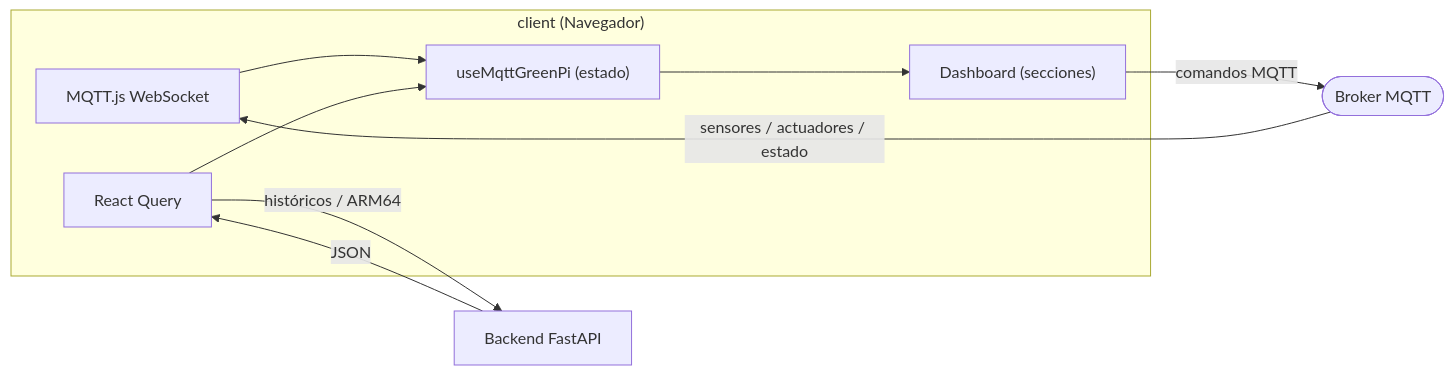
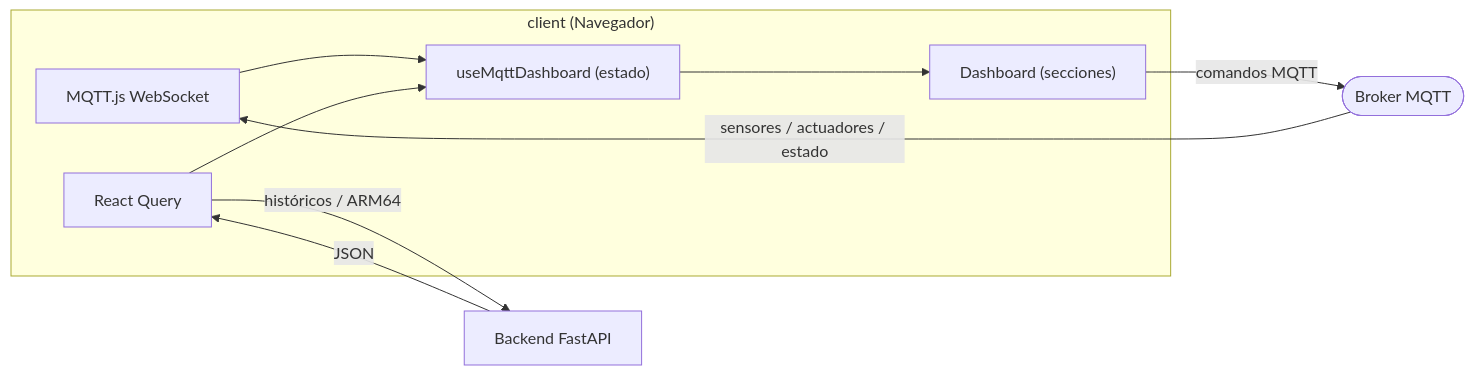
One commit to ricardious/ARQUI1V1S_G15 changed the first of 2 diagrams in Proyecto 2/client/README.md. Above: the diagram before and after it, drawn with Mermaid. The commit also changed other lines of this file and 16 other files, not shown here.

````diff
--- a/Proyecto 2/client/README.md
+++ b/Proyecto 2/client/README.md
@@ -9,14 +9,14 @@
 ```mermaid
 flowchart LR
     subgraph CLIENT["client (Navegador)"]
-        MQTT_WS["MQTT.js WebSocket"] --> STATE["useMqttGreenPi (estado)"]
+        MQTT_WS["MQTT.js WebSocket"] --> STATE["useMqttDashboard (estado)"]
         API["React Query"] --> STATE
         STATE --> UI["Dashboard (secciones)"]
     end
 
     UI -- "comandos MQTT" --> BROKER(["Broker MQTT"])
     BROKER -- "sensores / actuadores / estado" --> MQTT_WS
 
     API -- "históricos / ARM64" --> BE["Backend FastAPI"]
     BE -- "JSON" --> API
 ```
````
